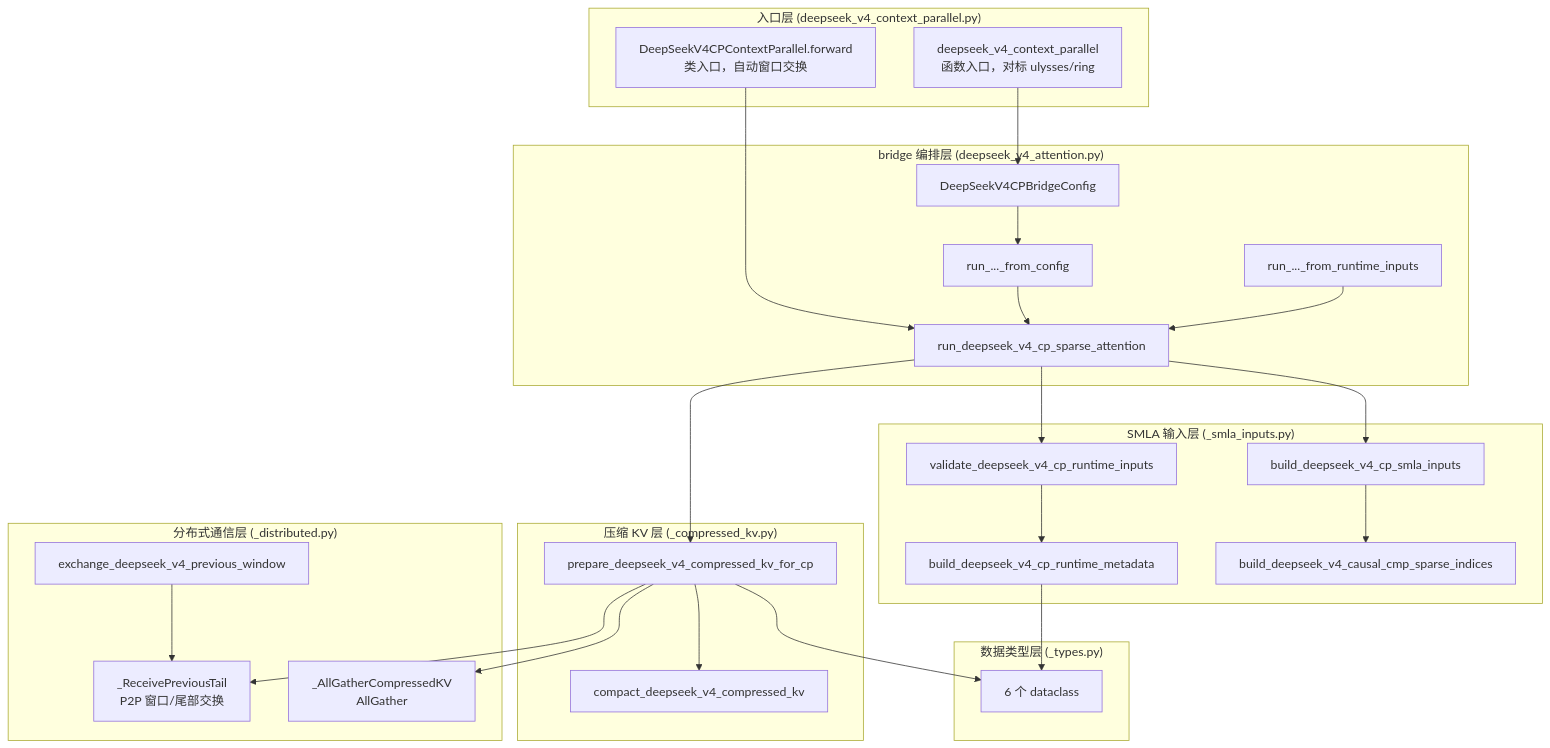
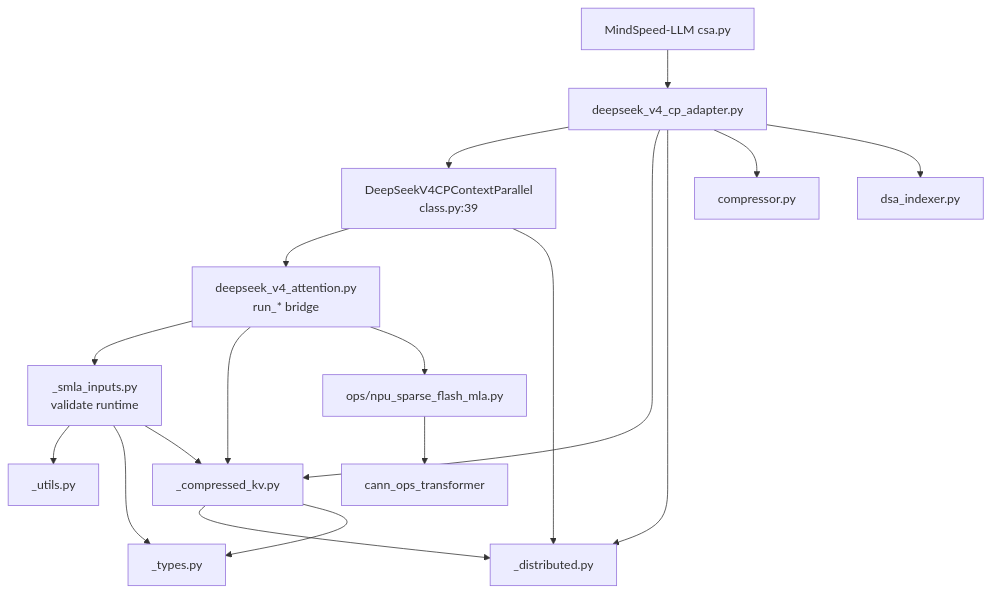
One commit to ChemLez/Megatron-Note changed the third of 13 diagrams in features/context_parallel/chapter-03-mindspeed-deepseek-v4-context-parallel.md. Above: the diagram before and after it, drawn with Mermaid. The commit also changed other lines of this file and 1 other file, not shown here.

Commit message:
docs: refresh DeepSeek V4 CP archive note

````diff
--- a/features/context_parallel/chapter-03-mindspeed-deepseek-v4-context-parallel.md
+++ b/features/context_parallel/chapter-03-mindspeed-deepseek-v4-context-parallel.md
@@ -264,52 +270,20 @@
 ```mermaid
 flowchart TB
-    subgraph Entry["入口层 (deepseek_v4_context_parallel.py)"]
-        A["DeepSeekV4CPContextParallel.forward<br/>类入口，自动窗口交换"]
-        B["deepseek_v4_context_parallel<br/>函数入口，对标 ulysses/ring"]
-    end
-
-    subgraph Bridge["bridge 编排层 (deepseek_v4_attention.py)"]
-        C["run_deepseek_v4_cp_sparse_attention"]
-        D["DeepSeekV4CPBridgeConfig"]
-        E["run_..._from_config"]
-        F["run_..._from_runtime_inputs"]
-    end
-
-    subgraph SMLA["SMLA 输入层 (_smla_inputs.py)"]
-        G["build_deepseek_v4_cp_runtime_metadata"]
-        H["validate_deepseek_v4_cp_runtime_inputs"]
-        I["build_deepseek_v4_cp_smla_inputs"]
-        J["build_deepseek_v4_causal_cmp_sparse_indices"]
-    end
-
-    subgraph Compress["压缩 KV 层 (_compressed_kv.py)"]
-        K["prepare_deepseek_v4_compressed_kv_for_cp"]
-        L["compact_deepseek_v4_compressed_kv"]
-    end
-
-    subgraph Comm["分布式通信层 (_distributed.py)"]
-        M["_ReceivePreviousTail<br/>P2P 窗口/尾部交换"]
-        N["_AllGatherCompressedKV<br/>AllGather"]
-        O["exchange_deepseek_v4_previous_window"]
-    end
-
-    subgraph Types["数据类型层 (_types.py)"]
-        T["6 个 dataclass"]
-    end
-
-    A --> C
-    B --> D --> E
-    E --> C
-    F --> C
-    C --> H
-    C --> K
-    K --> M
-    K --> N
-    K --> L
-    C --> I
-    I --> J
-    H --> G
-    O --> M
-    G --> T
-    K --> T
+    Entry["DeepSeekV4CPContextParallel\nclass.py:39"] --> Bridge["deepseek_v4_attention.py\nrun_* bridge"]
+    Entry --> Dist["_distributed.py"]
+    Bridge --> Valid["_smla_inputs.py\nvalidate runtime"]
+    Bridge --> CKV["_compressed_kv.py"]
+    Bridge --> Op["ops/npu_sparse_flash_mla.py"]
+    CKV --> Dist
+    CKV --> Types["_types.py"]
+    Valid --> Utils["_utils.py"]
+    Valid --> Types
+    Valid --> CKV
+    G2["MindSpeed-LLM csa.py"] --> Adapter["deepseek_v4_cp_adapter.py"]
+    Adapter --> Entry
+    Adapter --> CKV
+    Adapter --> Dist
+    Adapter --> G2Cmp["compressor.py"]
+    Adapter --> Indexer["dsa_indexer.py"]
+    Op --> CANN["cann_ops_transformer"]
 ```
````
